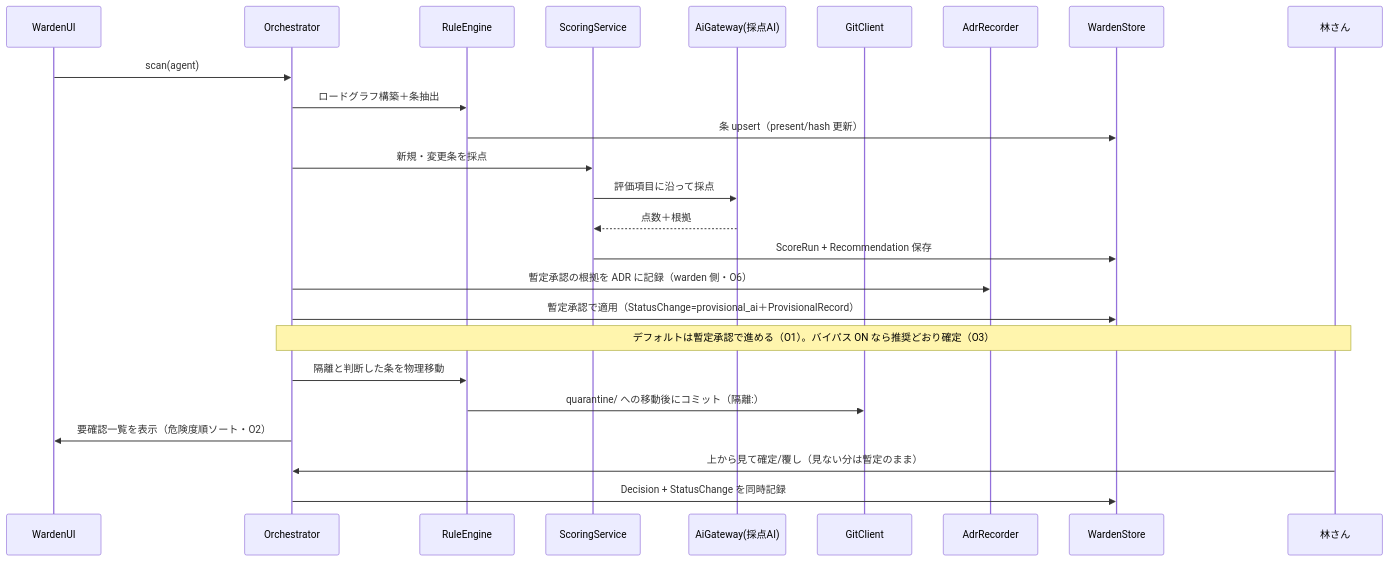
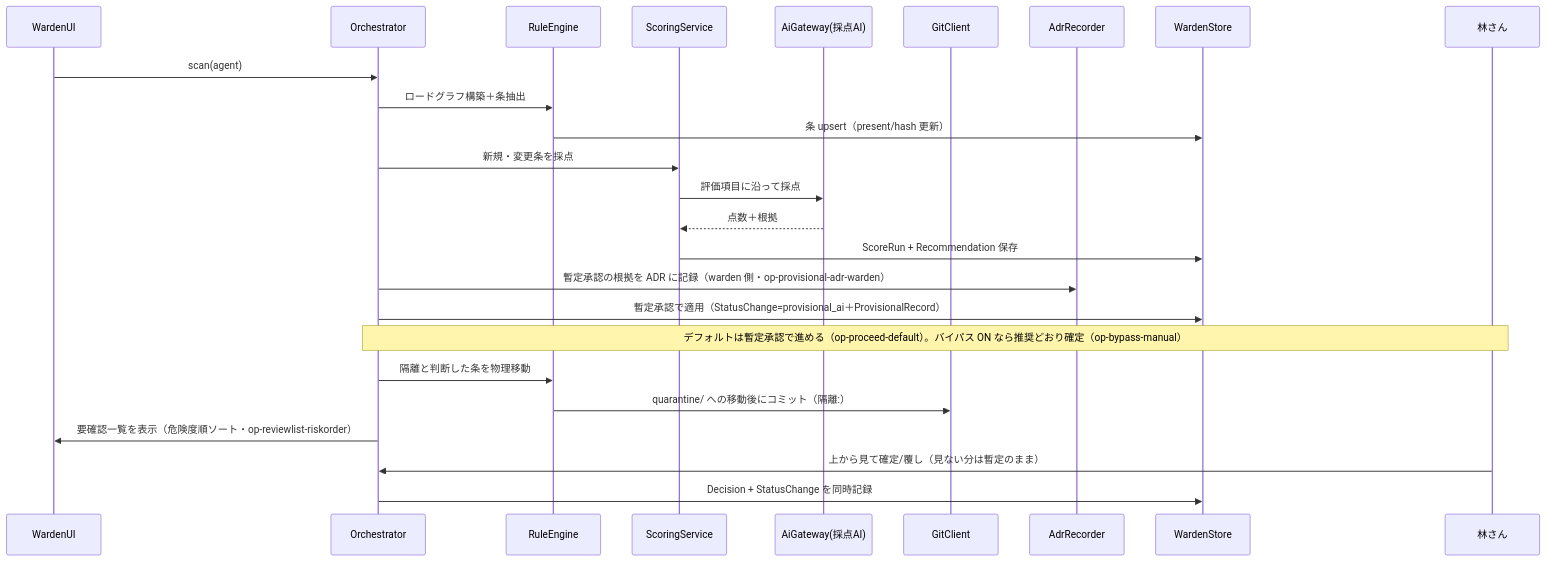
Before and after one commit to khayashi4337/rule-warden: the third of 6 diagrams in docs/adr/0002.5-domain-model.md, drawn with Mermaid. The commit also changed other lines of this file and 22 other files, not shown here.

````diff
--- a/docs/adr/0002.5-domain-model.md
+++ b/docs/adr/0002.5-domain-model.md
@@ -207,28 +207,28 @@
 ```mermaid
 sequenceDiagram
     participant U as WardenUI
     participant O as Orchestrator
     participant RE as RuleEngine
     participant SC as ScoringService
     participant AI as AiGateway(採点AI)
     participant GC as GitClient
     participant AR as AdrRecorder
     participant DB as WardenStore
     participant H as 林さん
 
     U->>O: scan(agent)
     O->>RE: ロードグラフ構築＋条抽出
     RE->>DB: 条 upsert（present/hash 更新）
     O->>SC: 新規・変更条を採点
     SC->>AI: 評価項目に沿って採点
     AI-->>SC: 点数＋根拠
     SC->>DB: ScoreRun + Recommendation 保存
-    O->>AR: 暫定承認の根拠を ADR に記録（warden 側・O6）
+    O->>AR: 暫定承認の根拠を ADR に記録（warden 側・op-provisional-adr-warden）
     O->>DB: 暫定承認で適用（StatusChange=provisional_ai＋ProvisionalRecord）
-    Note over O,H: デフォルトは暫定承認で進める（O1）。バイパス ON なら推奨どおり確定（O3）
+    Note over O,H: デフォルトは暫定承認で進める（op-proceed-default）。バイパス ON なら推奨どおり確定（op-bypass-manual）
     O->>RE: 隔離と判断した条を物理移動
     RE->>GC: quarantine/ への移動後にコミット（隔離:）
-    O->>U: 要確認一覧を表示（危険度順ソート・O2）
+    O->>U: 要確認一覧を表示（危険度順ソート・op-reviewlist-riskorder）
     H->>O: 上から見て確定/覆し（見ない分は暫定のまま）
     O->>DB: Decision + StatusChange を同時記録
 ```
````
